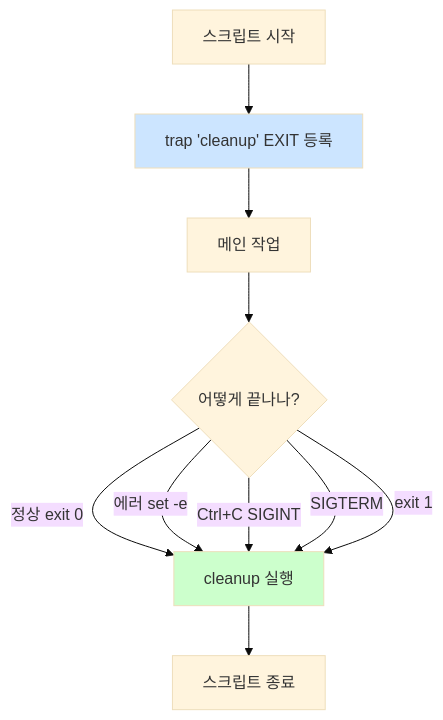
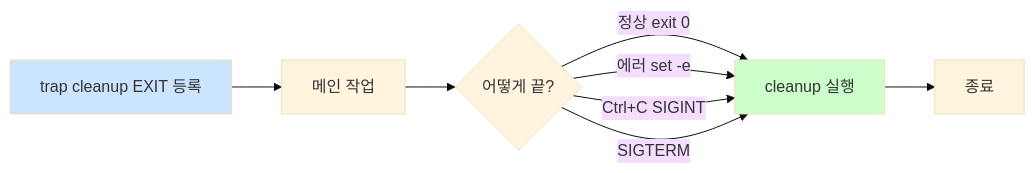
Before and after one commit to codewhite7777/codyssey_notes: the diagram in codyssey_b1_1_study/bash-trap.md, drawn with Mermaid (base theme). The commit also changed other lines of this file and 5 other files, not shown here.

````diff
--- a/codyssey_b1_1_study/bash-trap.md
+++ b/codyssey_b1_1_study/bash-trap.md
@@ -83,15 +171,13 @@
 ```mermaid
-flowchart TD
-    A[스크립트 시작] --> B["trap 'cleanup' EXIT 등록"]
-    B --> C[메인 작업]
-    C --> D{어떻게 끝나나?}
-    D -->|정상 exit 0| E[cleanup 실행]
-    D -->|에러 set -e| E
-    D -->|Ctrl+C SIGINT| E
-    D -->|SIGTERM| E
-    D -->|exit 1| E
-    E --> F[스크립트 종료]
+flowchart LR
+    A["trap cleanup EXIT 등록"] --> B[메인 작업]
+    B --> C{어떻게 끝?}
+    C -->|정상 exit 0| D[cleanup 실행]
+    C -->|에러 set -e| D
+    C -->|Ctrl+C SIGINT| D
+    C -->|SIGTERM| D
+    D --> E[종료]
 
-    style E fill:#ccffcc
-    style B fill:#cce5ff
+    style D fill:#ccffcc
+    style A fill:#cce5ff
 ```
````
